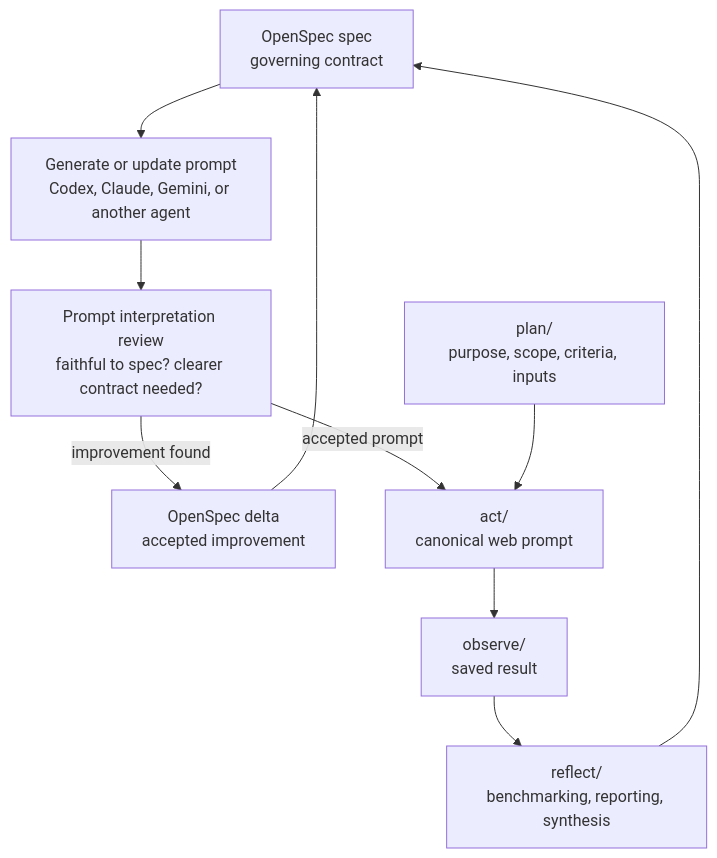
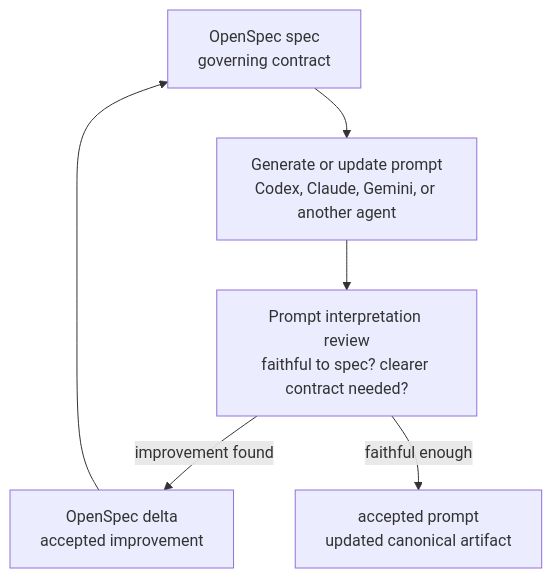
One commit to dtcc-platform/udt-platforms-mapping changed the first of 2 diagrams in README.md. Above: the diagram before and after it, drawn with Mermaid. The commit also changed other lines of this file, not shown here.

Commit message:
docs(readme): split the diagram. One for executing research and the other for prompt review.

````diff
--- a/README.md
+++ b/README.md
@@ -150,29 +152,19 @@
 ```mermaid
 flowchart TD
     S["OpenSpec spec
 governing contract"]
     G["Generate or update prompt
 Codex, Claude, Gemini, or another agent"]
     V["Prompt interpretation review
 faithful to spec? clearer contract needed?"]
     D["OpenSpec delta
 accepted improvement"]
-    A["act/
-canonical web prompt"]
-    P["plan/
-purpose, scope, criteria, inputs"]
-    O["observe/
-saved result"]
-    R["reflect/
-benchmarking, reporting, synthesis"]
+    A["accepted prompt
+updated canonical artifact"]
 
     S --> G
     G --> V
     V -->|improvement found| D
     D --> S
-    V -->|accepted prompt| A
-    P --> A
-    A --> O
-    O --> R
-    R --> S
+    V -->|faithful enough| A
 ```
````
